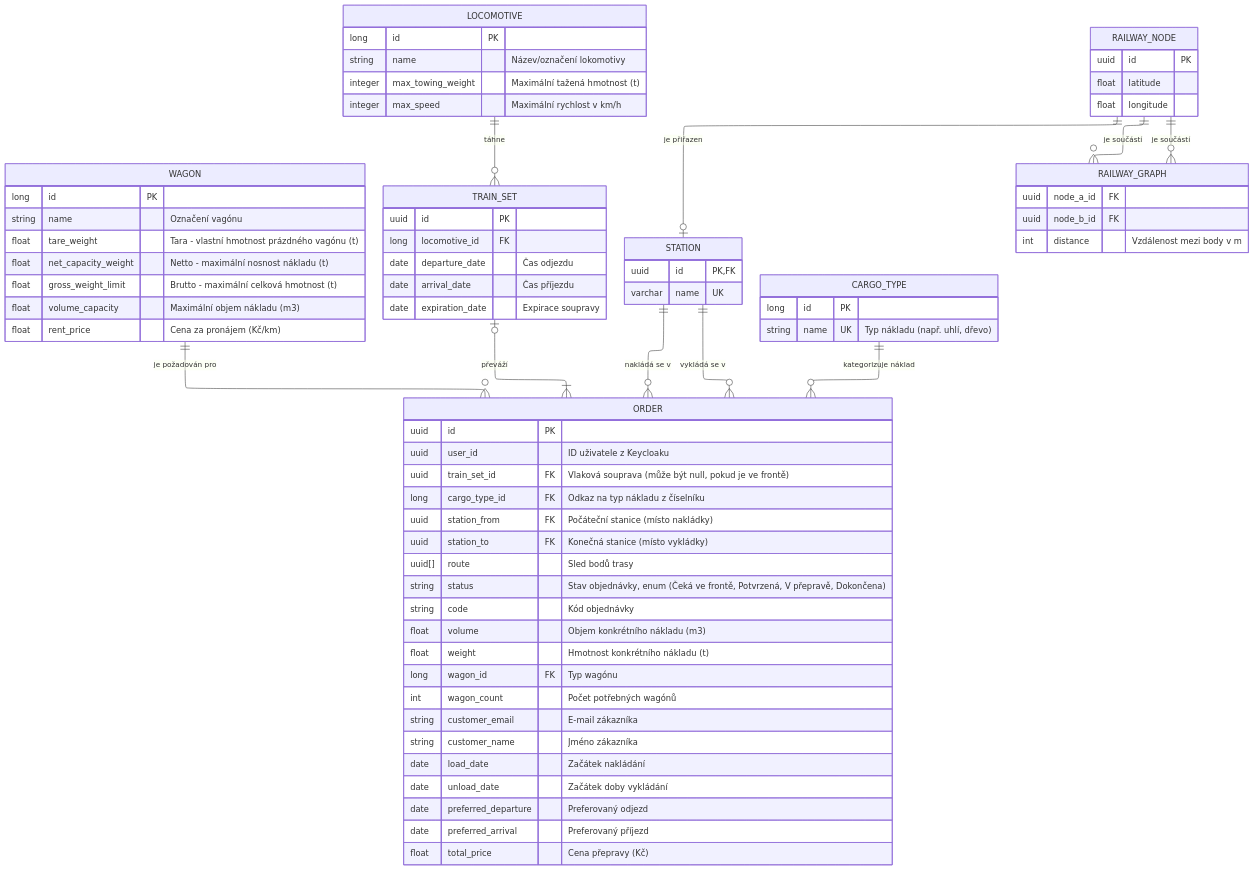
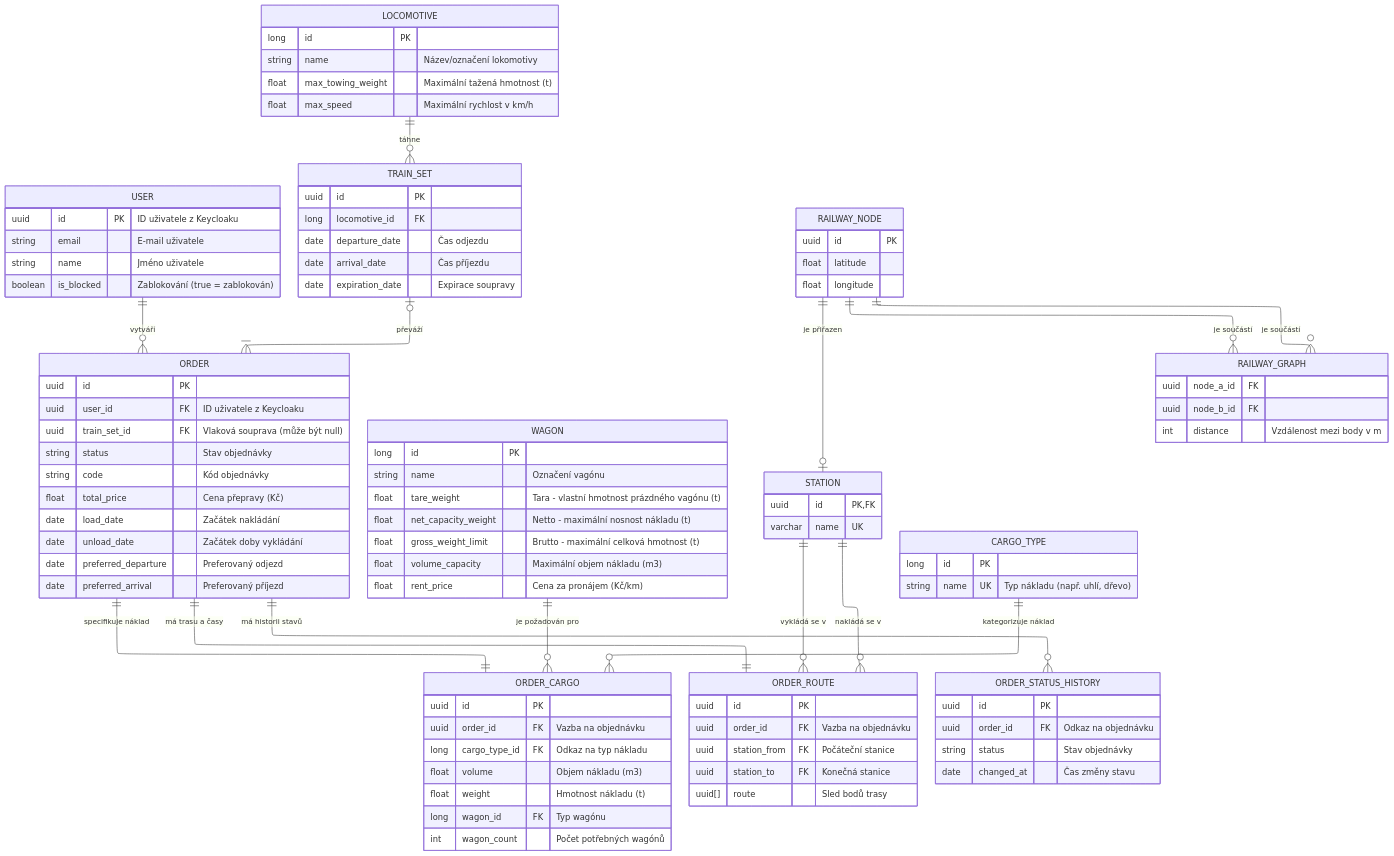
The diagram in database/README.md (Heymuch/rocnikovy-projekt), drawn with Mermaid before and after one commit.

Commit message:
opravy ER diagramu

````diff
--- a/database/README.md
+++ b/database/README.md
@@ -7,25 +7,47 @@
 
     ORDER {
         uuid id PK
-        uuid user_id "ID uživatele z Keycloaku"
-        uuid train_set_id FK "Vlaková souprava (může být null, pokud je ve frontě)"
-        long cargo_type_id FK "Odkaz na typ nákladu z číselníku"
-        uuid station_from FK "Počáteční stanice (místo nakládky)"
-        uuid station_to FK "Konečná stanice (místo vykládky)"
-        uuid[] route "Sled bodů trasy"
-        string status "Stav objednávky, enum (Čeká ve frontě, Potvrzená, V přepravě, Dokončena)"
+        uuid user_id FK "ID uživatele z Keycloaku"
+        uuid train_set_id FK "Vlaková souprava (může být null)"
+        string status "Stav objednávky"
         string code "Kód objednávky"
-        float volume "Objem konkrétního nákladu (m3)"
-        float weight "Hmotnost konkrétního nákladu (t)"
-        long wagon_id FK "Typ wagónu"
-        int wagon_count "Počet potřebných wagónů"
-        string customer_email "E-mail zákazníka"
-        string customer_name "Jméno zákazníka"
+        float total_price "Cena přepravy (Kč)"
         date load_date "Začátek nakládání"
         date unload_date "Začátek doby vykládání"
         date preferred_departure "Preferovaný odjezd"
         date preferred_arrival "Preferovaný příjezd"
-        float total_price "Cena přepravy (Kč)"
+    }
+
+    ORDER_CARGO {
+        uuid id PK
+        uuid order_id FK "Vazba na objednávku"
+        long cargo_type_id FK "Odkaz na typ nákladu"
+        float volume "Objem nákladu (m3)"
+        float weight "Hmotnost nákladu (t)"
+        long wagon_id FK "Typ wagónu"
+        int wagon_count "Počet potřebných wagónů"
+    }
+
+    ORDER_ROUTE {
+        uuid id PK
+        uuid order_id FK "Vazba na objednávku"
+        uuid station_from FK "Počáteční stanice"
+        uuid station_to FK "Konečná stanice"
+        uuid[] route "Sled bodů trasy"
+    }
+    
+    USER{
+        uuid id PK "ID uživatele z Keycloaku"
+        string email "E-mail uživatele"
+        string name "Jméno uživatele"
+        boolean is_blocked "Zablokování (true = zablokován)"
+    }
+
+    ORDER_STATUS_HISTORY {
+        uuid id PK
+        uuid order_id FK "Odkaz na objednávku"
+        string status "Stav objednávky"
+        date changed_at "Čas změny stavu"
     }
 
     WAGON {
@@ -41,8 +63,8 @@
     LOCOMOTIVE {
         long id PK
         string name "Název/označení lokomotivy"
-        integer max_towing_weight "Maximální tažená hmotnost (t)"
-        integer max_speed "Maximální rychlost v km/h"
+        float max_towing_weight "Maximální tažená hmotnost (t)"
+        float max_speed "Maximální rychlost v km/h"
     }
 
     TRAIN_SET {
@@ -79,21 +101,31 @@
 
 %% Vztahy
 
+%% ROUTE má dvě až více stanic (značeno jako 1..N), STATION má nula až více ROUTE
+    STATION ||--o{ ORDER_ROUTE : "nakládá se v"
+    STATION ||--o{ ORDER_ROUTE : "vykládá se v"
+
 %% LOCOMOTIVE má nula až víc TRAIN SET. TRAIN SET má vždy jednu TRAIN.
     LOCOMOTIVE ||--o{ TRAIN_SET : "táhne"
 
-%% ROUTE má dvě až více stanic (značeno jako 1..N), STATION má nula až více ROUTE
-    STATION ||--o{ ORDER : "nakládá se v"
-    STATION ||--o{ ORDER : "vykládá se v"
+    RAILWAY_NODE ||--o{ RAILWAY_GRAPH : "je součástí"
+    RAILWAY_NODE ||--o{ RAILWAY_GRAPH : "je součástí"
+    RAILWAY_NODE ||--o| STATION : "je přiřazen"
 
-%% CARGO_TYPE má nula nebo více ORDER. ORDER má právě jednu CARGO_TYPE.
-    CARGO_TYPE ||--o{ ORDER : "kategorizuje náklad"
-    WAGON ||--o{ ORDER : "je požadován pro"
+%% Historie stavů objednávky má nula až více ORDER_STATUS_HISTORY.
+    ORDER ||--o{ ORDER_STATUS_HISTORY : "má historii stavů"
+
+%% ORDER má nula až více ORDER_CARGO. ORDER_CARGO má právě jednoho ORDER.
+    ORDER ||--|| ORDER_CARGO : "specifikuje náklad"
+    ORDER ||--|| ORDER_ROUTE : "má trasu a časy"
+
+%% User má nula až více ORDER. ORDER má právě jednoho USER.
+    USER ||--o{ ORDER : "vytváří"
 
 %% TRAIN SET má jedna až více ORDER, ORDER má nula až jeden TRAIN SET.
     TRAIN_SET |o--|{ ORDER : "převáží"
 
-    RAILWAY_NODE ||--o{ RAILWAY_GRAPH : "je součástí"
-    RAILWAY_NODE ||--o{ RAILWAY_GRAPH : "je součástí"
-    RAILWAY_NODE ||--o| STATION : "je přiřazen"
+%% CARGO_TYPE má nula nebo více ORDER. ORDER má právě jednu CARGO_TYPE.
+    CARGO_TYPE ||--o{ ORDER_CARGO : "kategorizuje náklad"
+    WAGON ||--o{ ORDER_CARGO : "je požadován pro"
 ```
````
